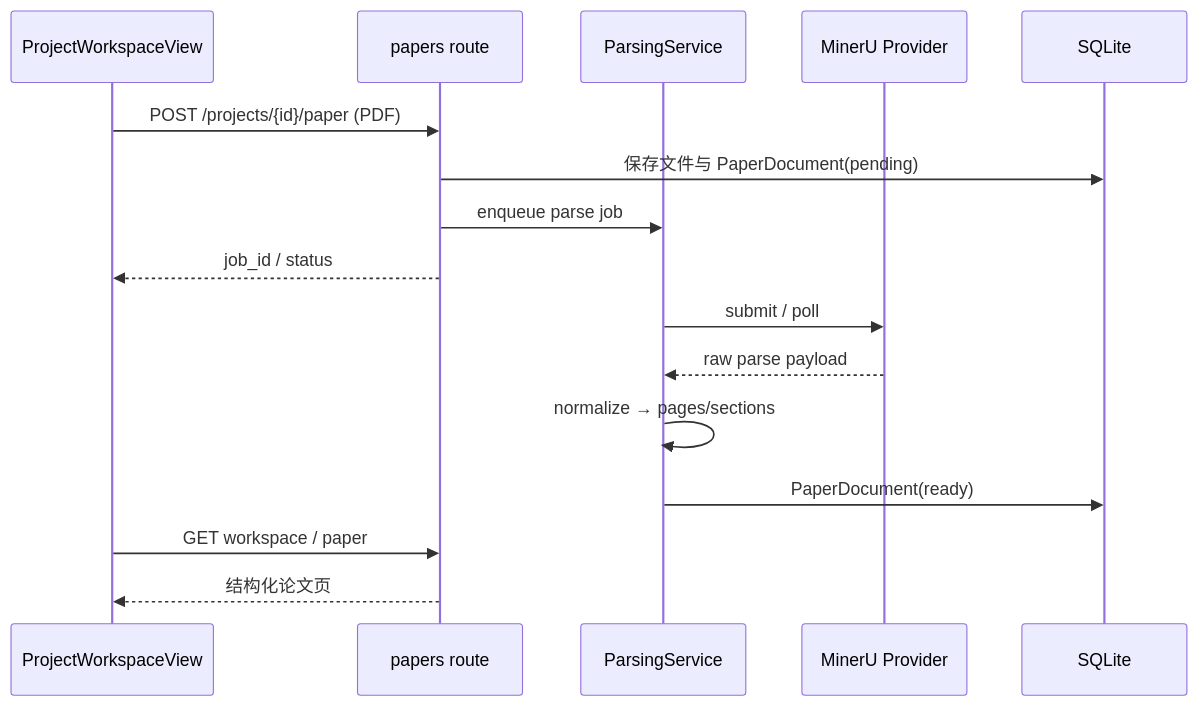
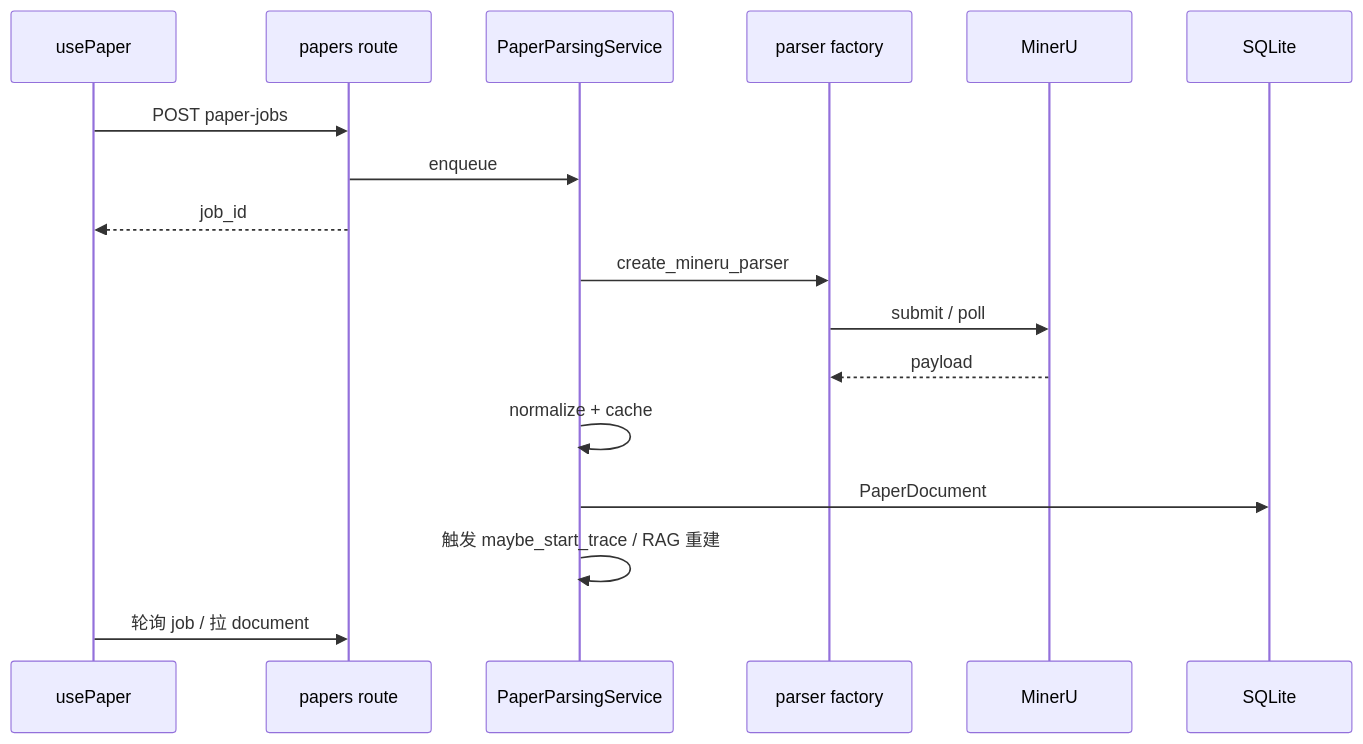
Before and after one commit to 1JI0O/SE26Project-15: the eighth of 12 diagrams in FinalRelease/UML.md, drawn with Mermaid. The commit also changed other lines of this file and 1 other file, not shown here.

````diff
--- a/FinalRelease/UML.md
+++ b/FinalRelease/UML.md
@@ -308,19 +345,20 @@
 ```mermaid
 sequenceDiagram
-  participant UI as ProjectWorkspaceView
+  participant UI as usePaper
   participant API as papers route
-  participant Job as ParsingService
-  participant MU as MinerU Provider
+  participant Job as PaperParsingService
+  participant F as parser factory
+  participant MU as MinerU
   participant DB as SQLite
 
-  UI->>API: POST /projects/{id}/paper (PDF)
-  API->>DB: 保存文件与 PaperDocument(pending)
-  API->>Job: enqueue parse job
-  API-->>UI: job_id / status
-  Job->>MU: submit / poll
-  MU-->>Job: raw parse payload
-  Job->>Job: normalize → pages/sections
-  Job->>DB: PaperDocument(ready)
-  UI->>API: GET workspace / paper
-  API-->>UI: 结构化论文页
+  UI->>API: POST paper-jobs
+  API->>Job: enqueue
+  API-->>UI: job_id
+  Job->>F: create_mineru_parser
+  F->>MU: submit / poll
+  MU-->>F: payload
+  Job->>Job: normalize + cache
+  Job->>DB: PaperDocument
+  Job->>Job: 触发 maybe_start_trace / RAG 重建
+  UI->>API: 轮询 job / 拉 document
 ```
````
